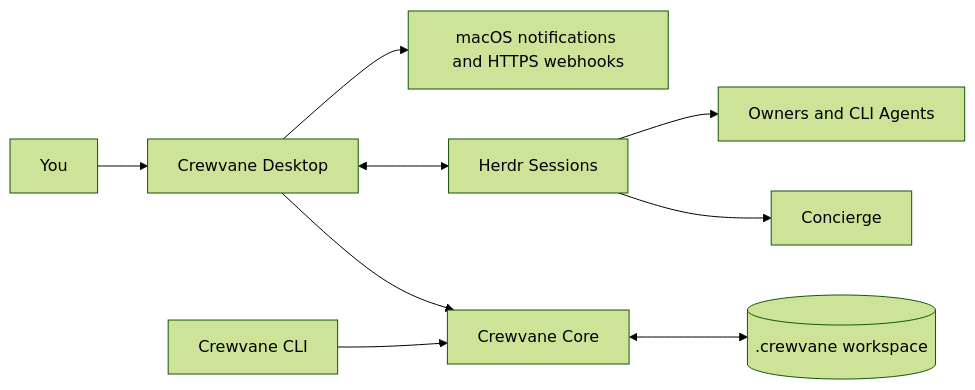
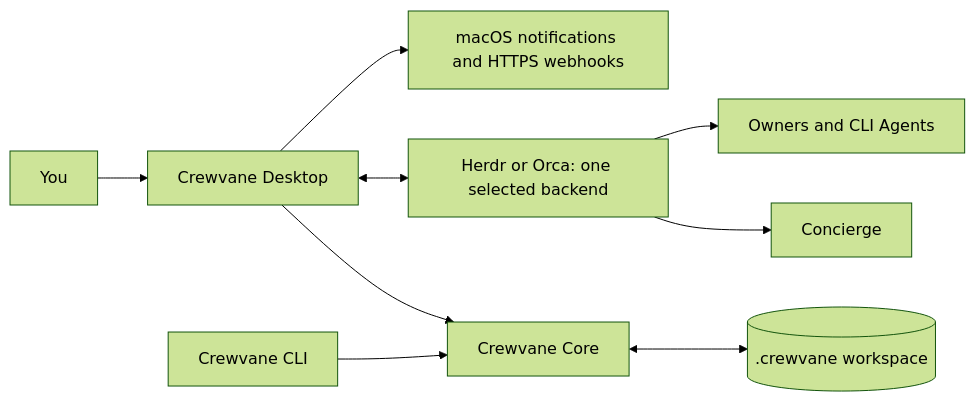
The diagram in README.md (gdli6177/crewvane), drawn with Mermaid (forest theme) before and after one commit. The commit also changed other lines of this file and 117 other files, not shown here.

First line of the commit message:
feat: ship exclusive Herdr / Orca session backends in v0.11.0 (#52)

````diff
--- a/README.md
+++ b/README.md
@@ -220,11 +241,11 @@
 ```mermaid
 flowchart LR
     Human[You] --> Desktop[Crewvane Desktop]
     Desktop --> Core[Crewvane Core]
     CLI[Crewvane CLI] --> Core
-    Desktop <--> Herdr[Herdr Sessions]
-    Herdr --> Concierge[Concierge]
-    Herdr --> Owners[Owners and CLI Agents]
+    Desktop <--> Sessions[Herdr or Orca: one selected backend]
+    Sessions --> Concierge[Concierge]
+    Sessions --> Owners[Owners and CLI Agents]
     Core <--> State[(.crewvane workspace)]
     Desktop --> Notify[macOS notifications and HTTPS webhooks]
 ```
````
